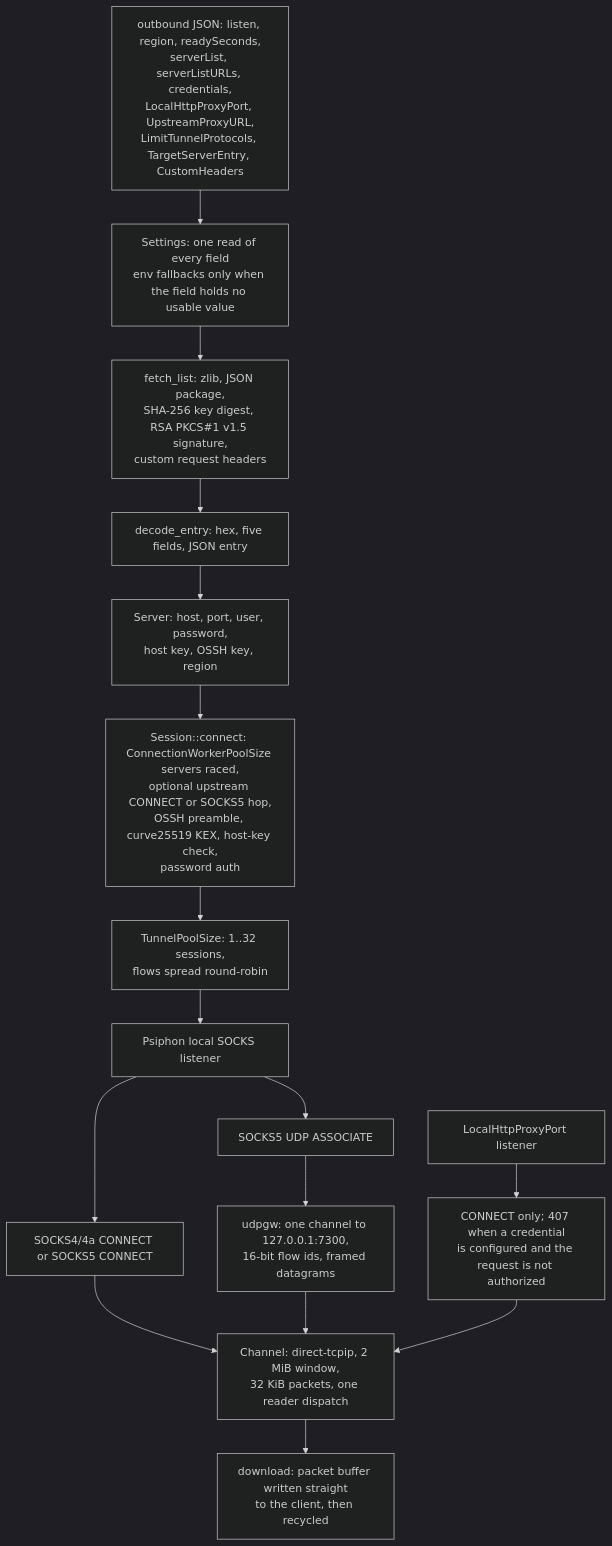
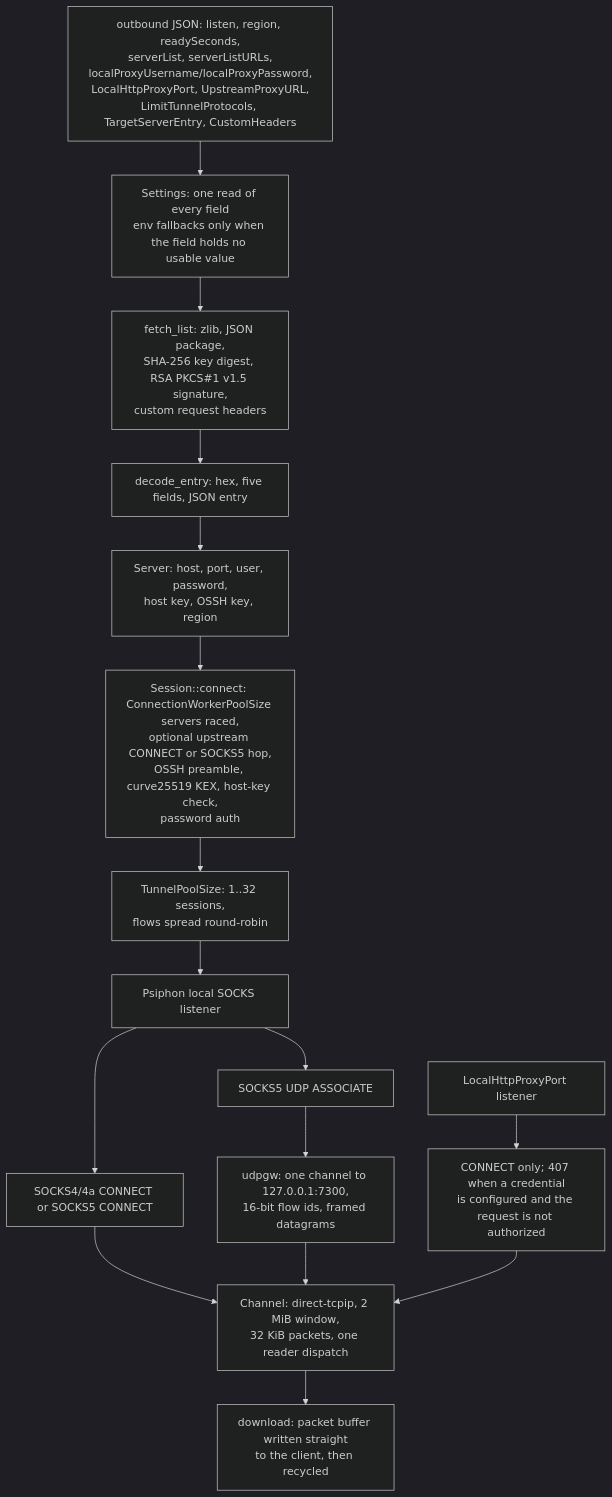
Before and after one commit to Ferrocite/ferrox: the diagram in docs/function/carrier-psiphon.md, drawn with Mermaid (dark theme). The commit also changed other lines of this file and 9 other files, not shown here.

````diff
--- a/docs/function/carrier-psiphon.md
+++ b/docs/function/carrier-psiphon.md
@@ -7,18 +7,18 @@
 ```mermaid
 graph TD
-    A["outbound JSON: listen, region, readySeconds,<br/>serverList, serverListURLs, credentials,<br/>LocalHttpProxyPort, UpstreamProxyURL,<br/>LimitTunnelProtocols, TargetServerEntry, CustomHeaders"] --> B["Settings: one read of every field<br/>env fallbacks only when the field holds no usable value"]
-    B["Settings: one read of every field<br/>env fallbacks only when the field holds no usable value"] --> C["fetch_list: zlib, JSON package,<br/>SHA-256 key digest, RSA PKCS#1 v1.5 signature,<br/>custom request headers"]
+    A["outbound JSON: listen, region, readySeconds,<br/>serverList, serverListURLs,<br/>localProxyUsername/localProxyPassword,<br/>LocalHttpProxyPort, UpstreamProxyURL,<br/>LimitTunnelProtocols, TargetServerEntry, CustomHeaders"] --> B["Settings: one read of every field<br/>env fallbacks only when the field holds no usable value"]
+    B --> C["fetch_list: zlib, JSON package,<br/>SHA-256 key digest, RSA PKCS#1 v1.5 signature,<br/>custom request headers"]
     C --> D["decode_entry: hex, five fields, JSON entry"]
     D --> E["Server: host, port, user, password,<br/>host key, OSSH key, region"]
     E --> F["Session::connect: ConnectionWorkerPoolSize servers raced,<br/>optional upstream CONNECT or SOCKS5 hop,<br/>OSSH preamble, curve25519 KEX, host-key check,<br/>password auth"]
     F --> P["TunnelPoolSize: 1..32 sessions,<br/>flows spread round-robin"]
     P --> G["Psiphon local SOCKS listener"]
     G --> H["SOCKS4/4a CONNECT or SOCKS5 CONNECT"]
     H --> I["Channel: direct-tcpip, 2 MiB window,<br/>32 KiB packets, one reader dispatch"]
     I --> Z["download: packet buffer written straight<br/>to the client, then recycled"]
     G --> J["SOCKS5 UDP ASSOCIATE"]
     J --> K["udpgw: one channel to 127.0.0.1:7300,<br/>16-bit flow ids, framed datagrams"]
     K --> I
     L["LocalHttpProxyPort listener"] --> M["CONNECT only; 407 when a credential<br/>is configured and the request is not authorized"]
     M --> I
 ```
````
